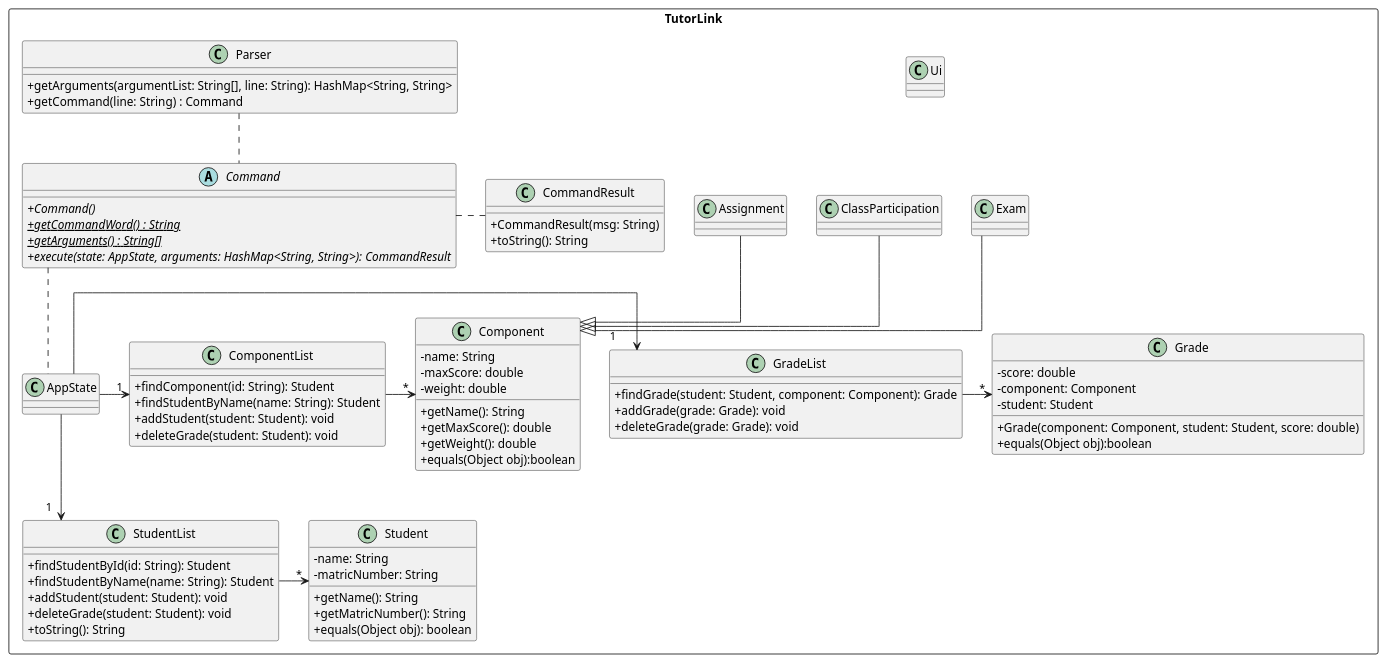
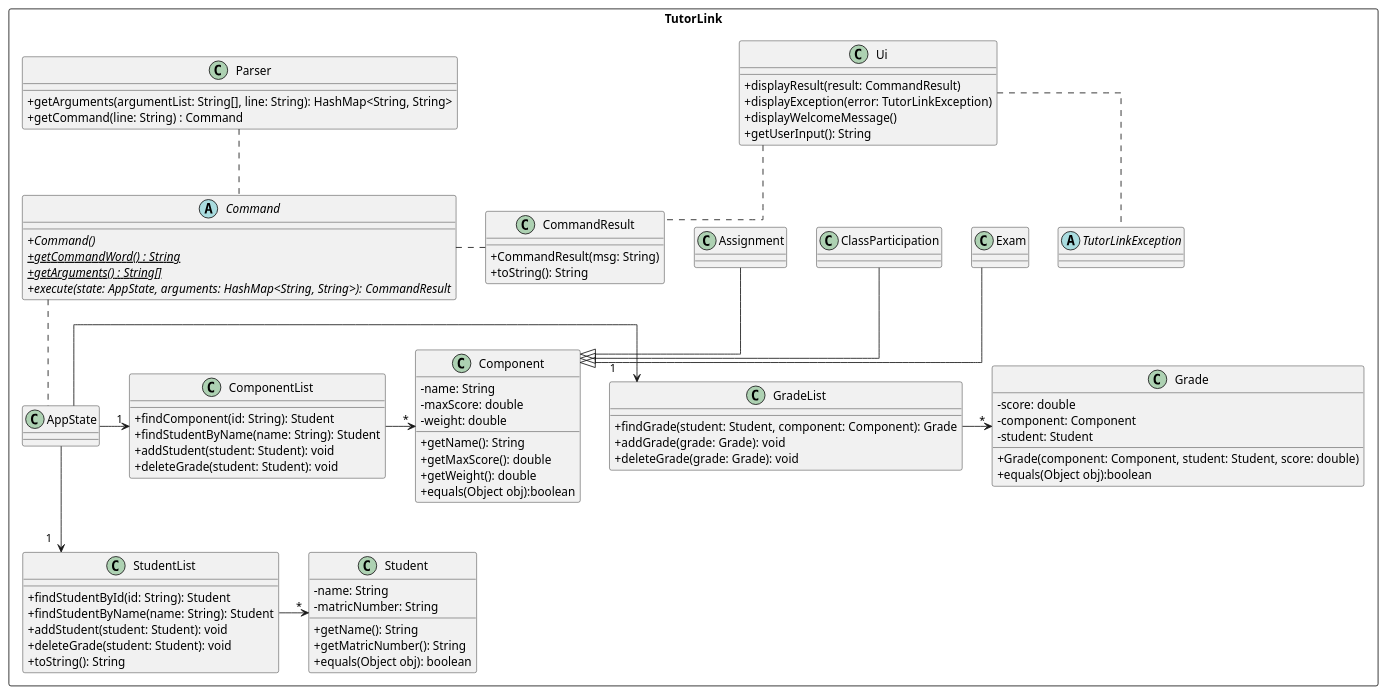
One commit to yeekian/tp changed the diagram in docs/diagrams/Assets.puml. Above: the diagram before and after it, drawn with PlantUML.

Commit message:
Modify uml diagram

```diff
--- a/docs/diagrams/Assets.puml
+++ b/docs/diagrams/Assets.puml
@@ -1,103 +1,114 @@
 @startuml App Diagram
 
 'https://plantuml.com/class-diagram
 ' !include Style.puml
 skinparam classAttributeIconSize 0
 skinparam classMethodIconSize 0
 skinparam linetype ortho
 
 package TutorLink <<Rectangle>>{
 
 class CommandResult {
     + CommandResult(msg: String)
     + toString(): String
 }
 
-class Ui
+class Ui {
+    + displayResult(result: CommandResult)
+    + displayException(error: TutorLinkException)
+    + displayWelcomeMessage()
+    + getUserInput(): String
+}
+
+Ui .. CommandResult
+
+Ui .. TutorLinkException
+
+abstract class TutorLinkException
 
 abstract class Command {
     + Command() {abstract}
     + {abstract}{static} getCommandWord() : String
     + {abstract}{static} getArguments() : String[]
     + execute(state: AppState, arguments: HashMap<String, String>): CommandResult {abstract}
 }
 
 Command ..right.. CommandResult
 
 
 class Component {
     -name: String
     -maxScore: double
     -weight: double
     +getName(): String
     +getMaxScore(): double
     +getWeight(): double
     +equals(Object obj):boolean
 }
 class Exam
 class ClassParticipation
 class Assignment
 
 Exam --|> Component
 ClassParticipation --|> Component
 Assignment --|> Component
 
 
 class Student{
     -name: String
     -matricNumber: String
     +getName(): String
     +getMatricNumber(): String
     +equals(Object obj): boolean
 }
 
 
 class Grade{
     -score: double
     -component: Component
     -student: Student
     +Grade(component: Component, student: Student, score: double)
     +equals(Object obj):boolean
 }
 
 
 class AppState
 class GradeList{
     + findGrade(student: Student, component: Component): Grade
     + addGrade(grade: Grade): void
     + deleteGrade(grade: Grade): void
 }
 class StudentList {
     + findStudentById(id: String): Student
     + findStudentByName(name: String): Student
     + addStudent(student: Student): void
     + deleteGrade(student: Student): void
     + toString(): String
 }
 class ComponentList {
     + findComponent(id: String): Student
     + findStudentByName(name: String): Student
     + addStudent(student: Student): void
     + deleteGrade(student: Student): void
 }
 
 AppState -> "1" GradeList
 AppState --> "1" StudentList
 AppState -> "1" ComponentList
 
 GradeList -> "*" Grade
 ComponentList -> "*" Component
 StudentList -> "*" Student
 
 Command .. AppState
 
 class Parser {
     + getArguments(argumentList: String[], line: String): HashMap<String, String>
     + getCommand(line: String) : Command
 }
 
 Parser .. Command
 
 }
 
 @enduml
```
